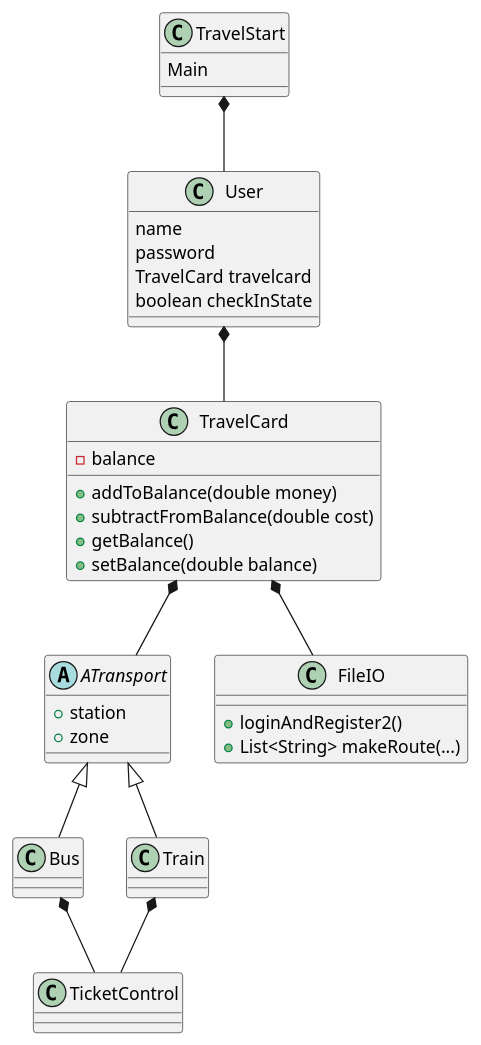
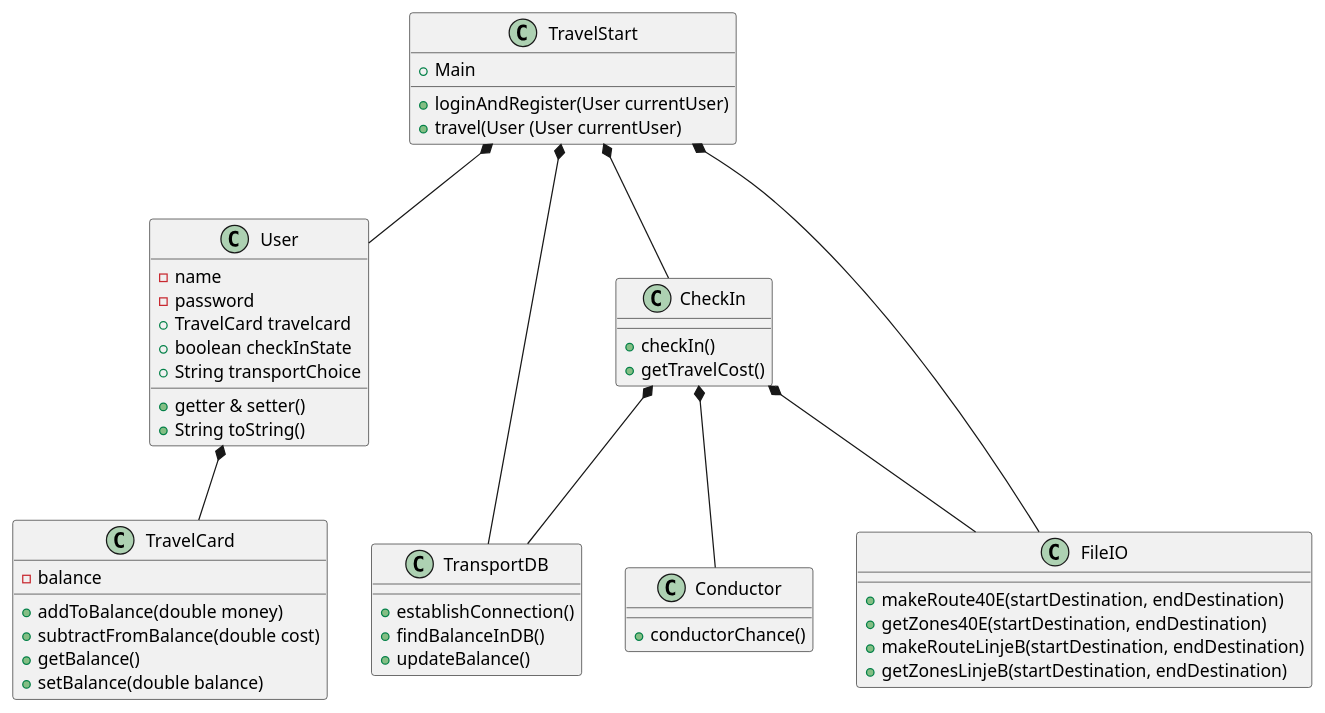
The diagram in KlasseDiagram.puml (LUJHNA/ICEprojektGruppeQ), drawn with PlantUML before and after one commit. The commit also changed 13 other files, not shown here.

```diff
--- a/KlasseDiagram.puml
+++ b/KlasseDiagram.puml
@@ -1,39 +1,53 @@
 @startuml
 class TravelStart
 class User
 class TravelCard
-abstract class ATransport
-class TicketControl
+class Conductor
+class CheckIn
+class TransportDB
+
+TravelStart *--TransportDB
+CheckIn *--TransportDB
 
 TravelStart *-- User
 User *-- TravelCard
-TravelCard *-- ATransport
 
-ATransport <|-- Bus
-ATransport <|-- Train
+CheckIn *--Conductor
 
-Bus *-- TicketControl
-Train *-- TicketControl
+CheckIn *--FileIO
+TravelStart*--CheckIn
+TravelStart *--FileIO
 
-TravelCard *--FileIO
+TransportDB : +establishConnection()
+TransportDB : +findBalanceInDB()
+TransportDB : +updateBalance()
 
-TravelStart : Main
+TravelStart : +Main
+TravelStart : +loginAndRegister(User currentUser)
+TravelStart : +travel(User (User currentUser)
 
-ATransport : +station
-ATransport : +zone
+CheckIn : +checkIn()
+CheckIn : +getTravelCost()
 
- User : name
- User : password
- User : TravelCard travelcard
- User : boolean checkInState
+ User : -name
+ User : -password
+ User : +TravelCard travelcard
+ User : +boolean checkInState
+ User : +String transportChoice
+ User : +getter & setter()
+ User : +String toString()
 
 TravelCard : -balance
 TravelCard : +addToBalance(double money)
 TravelCard : +subtractFromBalance(double cost)
 TravelCard : +getBalance()
 TravelCard : +setBalance(double balance)
 
-FileIO : +loginAndRegister2()
-FileIO : +List<String> makeRoute(...)
+Conductor : +conductorChance()
+
+FileIO : +makeRoute40E(startDestination, endDestination)
+FileIO : +getZones40E(startDestination, endDestination)
+FileIO : +makeRouteLinjeB(startDestination, endDestination)
+FileIO : +getZonesLinjeB(startDestination, endDestination)
 
 @enduml
```
